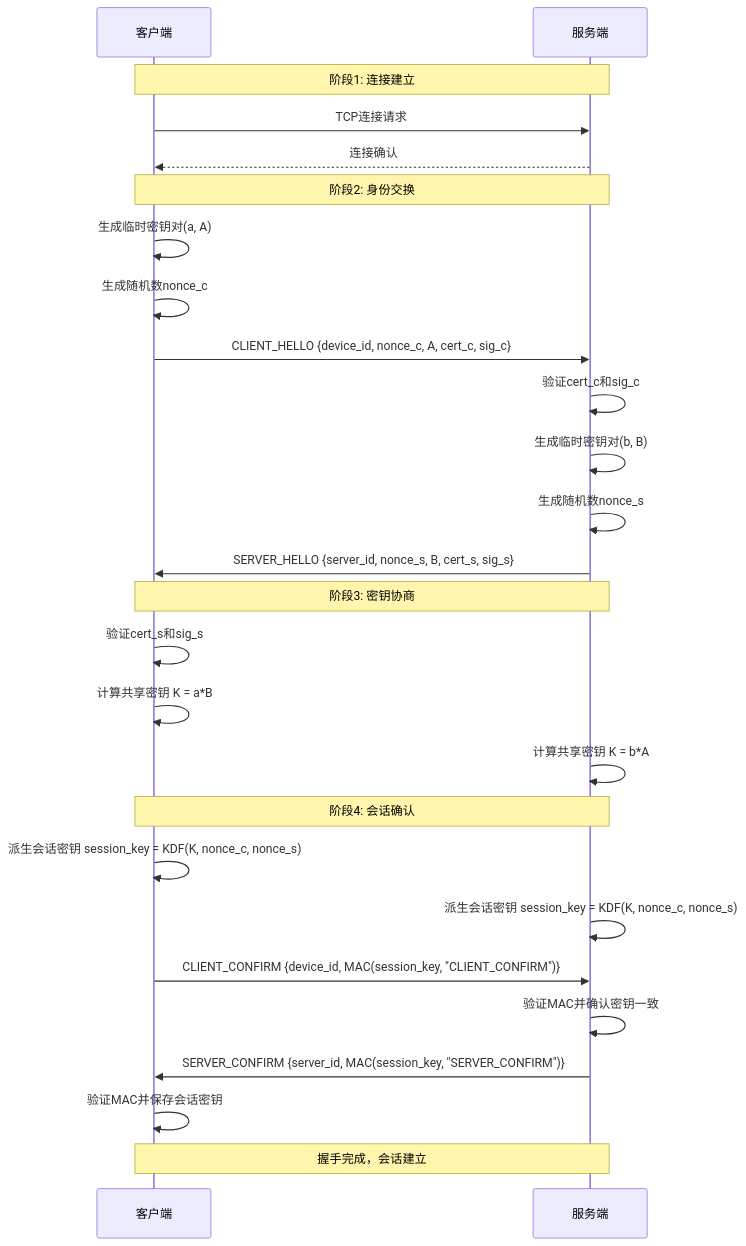
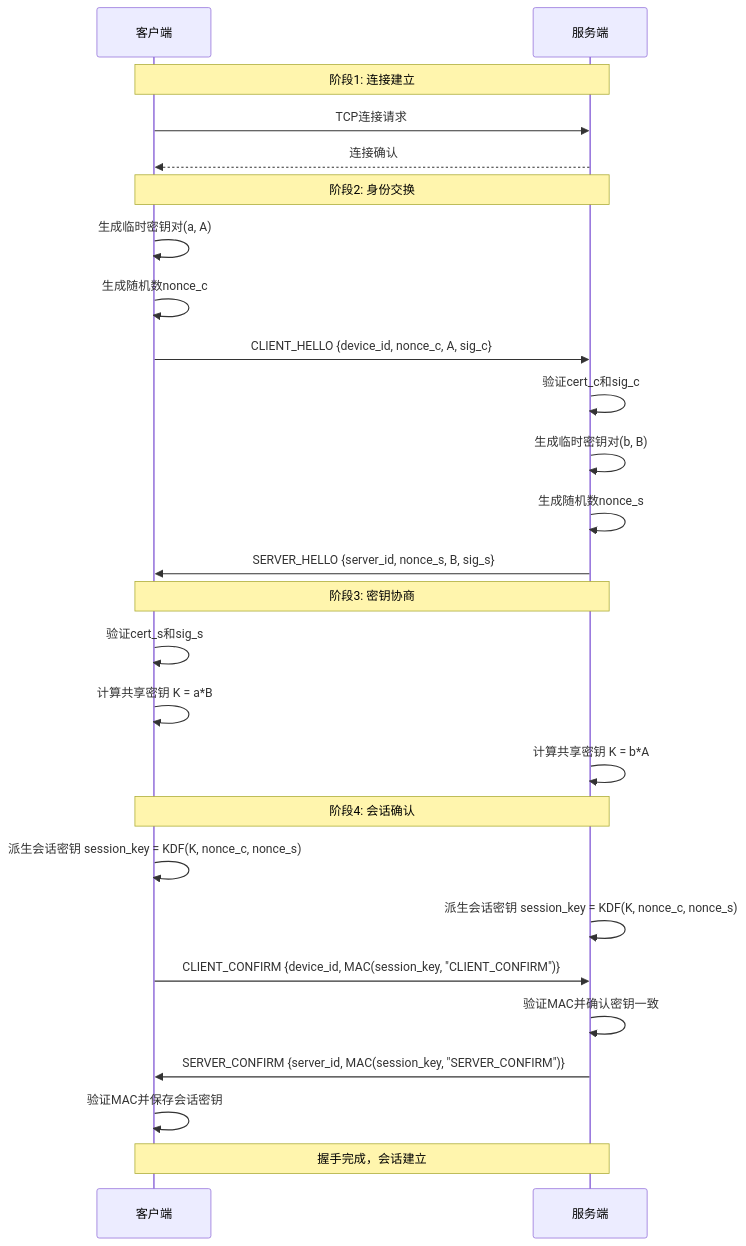
One commit to a869320750/XuanYu changed the fourth of 5 diagrams in docs/detailed-design.md. Above: the diagram before and after it, drawn with Mermaid. The commit also changed other lines of this file and 1 other file, not shown here.

Commit message:
change to flowchart

````diff
--- a/docs/detailed-design.md
+++ b/docs/detailed-design.md
@@ -474,34 +402,34 @@
 ```mermaid
 sequenceDiagram
     participant C as 客户端
     participant S as 服务端
     
     Note over C,S: 阶段1: 连接建立
     C->>S: TCP连接请求
     S-->>C: 连接确认
     
     Note over C,S: 阶段2: 身份交换
     C->>C: 生成临时密钥对(a, A)
     C->>C: 生成随机数nonce_c
-    C->>S: CLIENT_HELLO {device_id, nonce_c, A, cert_c, sig_c}
+    C->>S: CLIENT_HELLO {device_id, nonce_c, A, sig_c}
     
     S->>S: 验证cert_c和sig_c
     S->>S: 生成临时密钥对(b, B)
     S->>S: 生成随机数nonce_s
-    S->>C: SERVER_HELLO {server_id, nonce_s, B, cert_s, sig_s}
+    S->>C: SERVER_HELLO {server_id, nonce_s, B, sig_s}
     
     Note over C,S: 阶段3: 密钥协商
     C->>C: 验证cert_s和sig_s
     C->>C: 计算共享密钥 K = a*B
     S->>S: 计算共享密钥 K = b*A
     
     Note over C,S: 阶段4: 会话确认
     C->>C: 派生会话密钥 session_key = KDF(K, nonce_c, nonce_s)
     S->>S: 派生会话密钥 session_key = KDF(K, nonce_c, nonce_s)
     C->>S: CLIENT_CONFIRM {device_id, MAC(session_key, "CLIENT_CONFIRM")}
     S->>S: 验证MAC并确认密钥一致
     S->>C: SERVER_CONFIRM {server_id, MAC(session_key, "SERVER_CONFIRM")}
     C->>C: 验证MAC并保存会话密钥
     
     Note over C,S: 握手完成，会话建立
 ```
````
